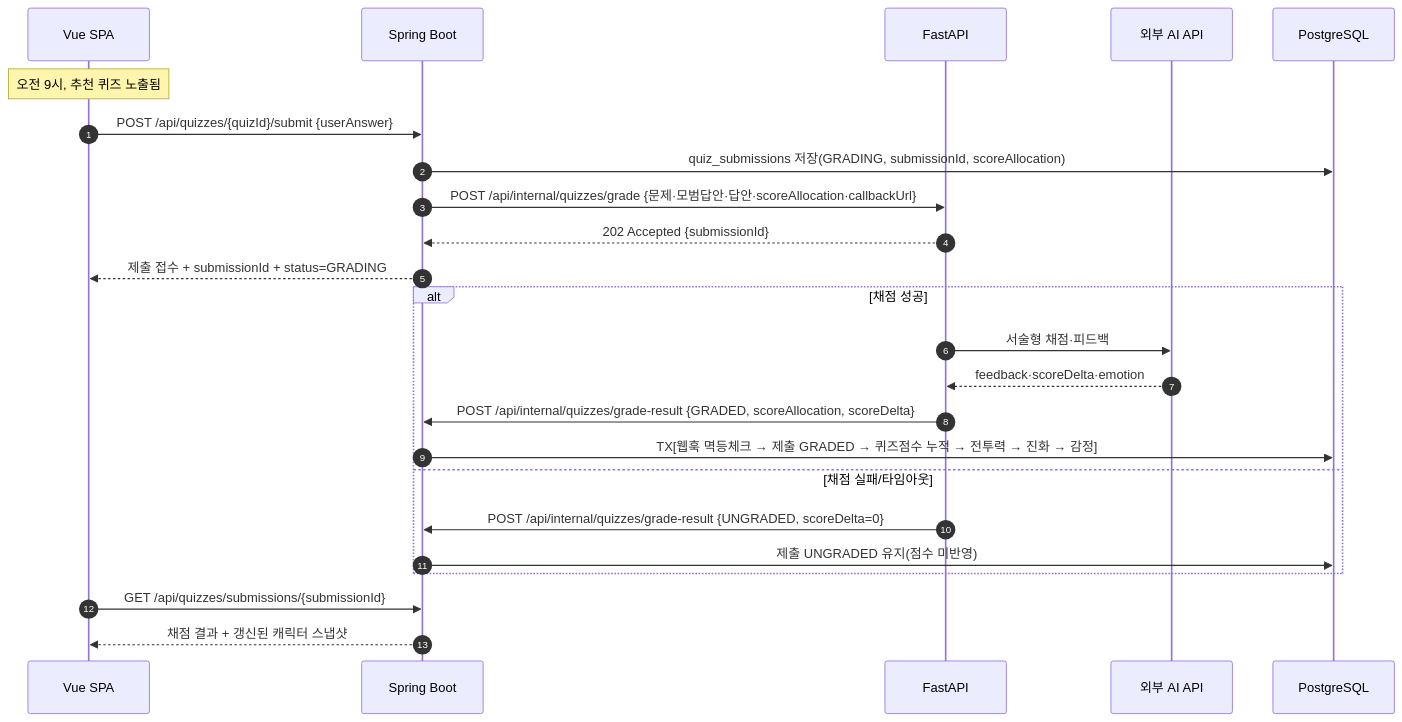
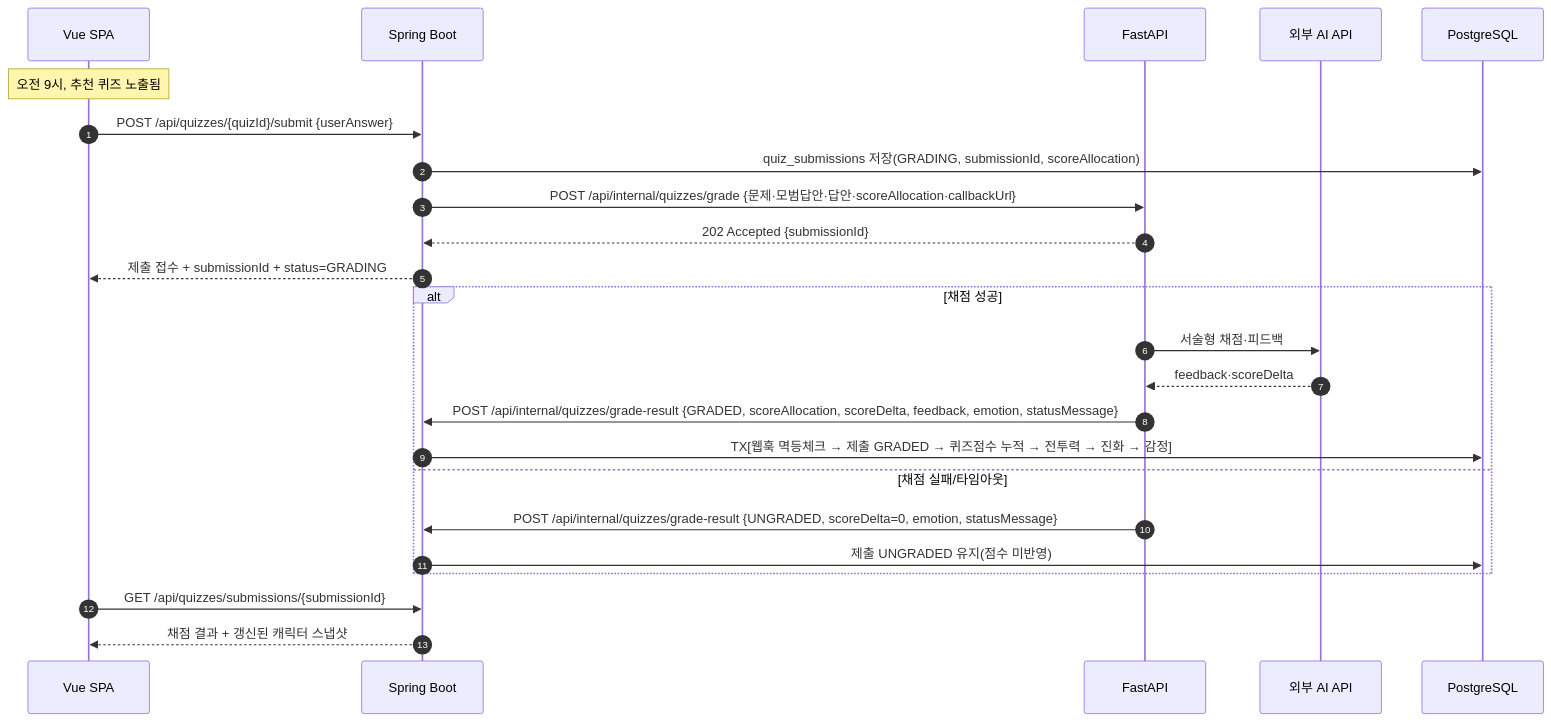
Before and after one commit to YunAndDong/commitgotchi: the sixth of 15 diagrams in _bmad-output/planning-artifacts/architecture/architecture-commitgotchi-2026-06-07/architecture.md, drawn with Mermaid. The commit also changed other lines of this file and 25 other files, not shown here.

````diff
--- a/_bmad-output/planning-artifacts/architecture/architecture-commitgotchi-2026-06-07/architecture.md
+++ b/_bmad-output/planning-artifacts/architecture/architecture-commitgotchi-2026-06-07/architecture.md
@@ -851,28 +850,28 @@
 ```mermaid
 sequenceDiagram
   autonumber
   participant V as Vue SPA
   participant SB as Spring Boot
   participant FA as FastAPI
   participant AI as 외부 AI API
   participant DB as PostgreSQL
 
   Note over V: 오전 9시, 추천 퀴즈 노출됨
   V->>SB: POST /api/quizzes/{quizId}/submit {userAnswer}
   SB->>DB: quiz_submissions 저장(GRADING, submissionId, scoreAllocation)
   SB->>FA: POST /api/internal/quizzes/grade {문제·모범답안·답안·scoreAllocation·callbackUrl}
   FA-->>SB: 202 Accepted {submissionId}
   SB-->>V: 제출 접수 + submissionId + status=GRADING
 
   alt 채점 성공
     FA->>AI: 서술형 채점·피드백
-    AI-->>FA: feedback·scoreDelta·emotion
-    FA->>SB: POST /api/internal/quizzes/grade-result {GRADED, scoreAllocation, scoreDelta}
+    AI-->>FA: feedback·scoreDelta
+    FA->>SB: POST /api/internal/quizzes/grade-result {GRADED, scoreAllocation, scoreDelta, feedback, emotion, statusMessage}
     SB->>DB: TX[웹훅 멱등체크 → 제출 GRADED → 퀴즈점수 누적 → 전투력 → 진화 → 감정]
   else 채점 실패/타임아웃
-    FA->>SB: POST /api/internal/quizzes/grade-result {UNGRADED, scoreDelta=0}
+    FA->>SB: POST /api/internal/quizzes/grade-result {UNGRADED, scoreDelta=0, emotion, statusMessage}
     SB->>DB: 제출 UNGRADED 유지(점수 미반영)
   end
   V->>SB: GET /api/quizzes/submissions/{submissionId}
   SB-->>V: 채점 결과 + 갱신된 캐릭터 스냅샷
 ```
````
